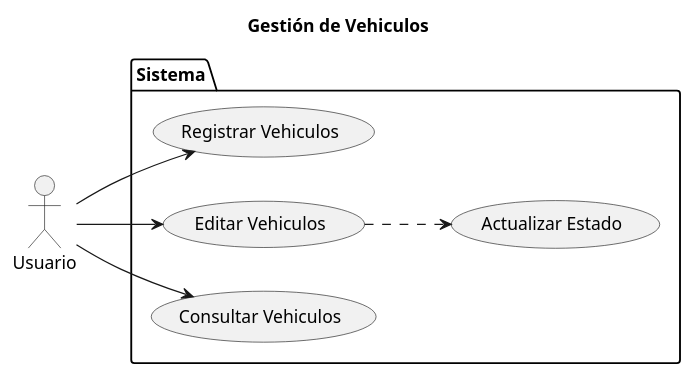
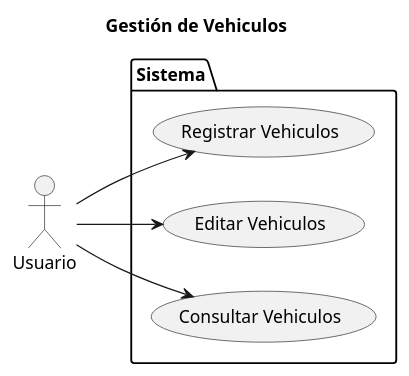
Before and after one commit to marcelolezcanodev/GarageGuru: the diagram in Diagramas/caso_de_uso_Vehiculos.plantuml, drawn with PlantUML. The commit also changed 5 other files, not shown here.

Commit message:
diagrama de estado y secuencia

```diff
--- a/Diagramas/caso_de_uso_Vehiculos.plantuml
+++ b/Diagramas/caso_de_uso_Vehiculos.plantuml
@@ -1,24 +1,21 @@
 @startuml vehiculos
 
 left to right direction
 
 title Gestión de Vehiculos
 
 actor Usuario as User
 
 package Sistema {
 
     USECASE "Registrar Vehiculos" as UC_Registrar
     USECASE "Editar Vehiculos" as UC_Editar
     USECASE "Consultar Vehiculos" as UC_Consultar
-    USECASE "Actualizar Estado" as UC_Actualizar_Estado
-
-    UC_Editar ..> UC_Actualizar_Estado
 
 }
 
 User --> UC_Registrar
 User --> UC_Editar
 User --> UC_Consultar
 
 @enduml
```
